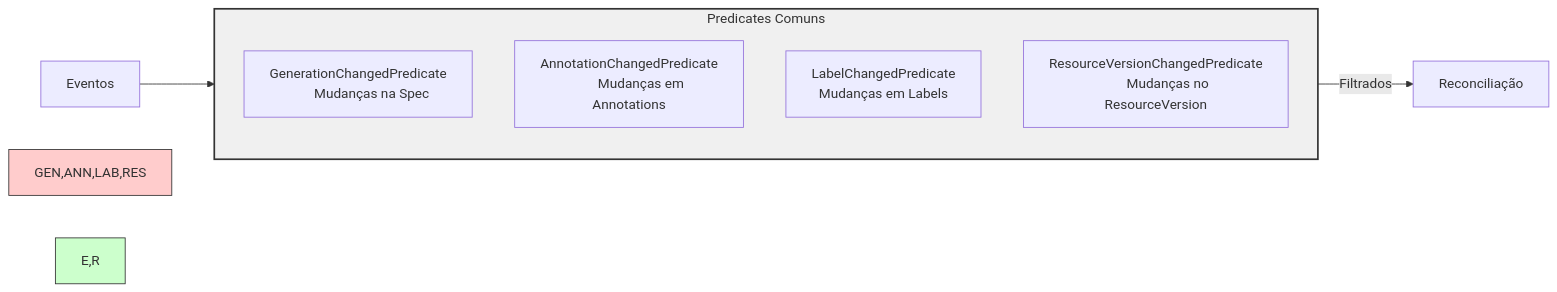
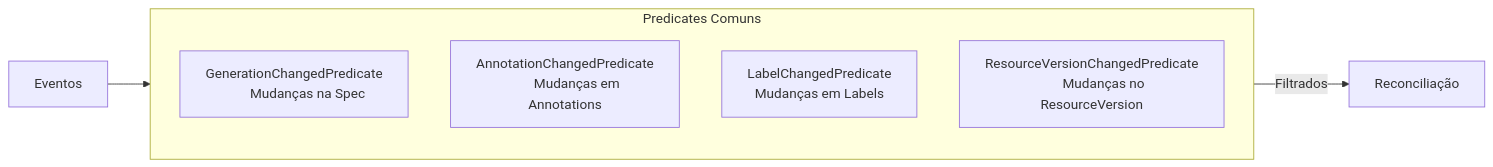
Before and after one commit to cloud104/tcloud-devops-k8s-operators-training: the second of 3 diagrams in docs/extras/predicates-kubebuilder.md, drawn with Mermaid. The commit also changed other lines of this file and 6 other files, not shown here.

First line of the commit message:
docs: revisa material teorico, corrige APIs e melhora diagramas

````diff
--- a/docs/extras/predicates-kubebuilder.md
+++ b/docs/extras/predicates-kubebuilder.md
@@ -21,23 +14,19 @@
 ```mermaid
 flowchart LR
     subgraph PRE ["Predicates Comuns"]
         GEN["GenerationChangedPredicate
         Mudanças na Spec"]
         
         ANN["AnnotationChangedPredicate
         Mudanças em Annotations"]
         
         LAB["LabelChangedPredicate
         Mudanças em Labels"]
         
         RES["ResourceVersionChangedPredicate
         Mudanças no ResourceVersion"]
     end
     
     E[Eventos] --> PRE
     PRE -->|"Filtrados"| R[Reconciliação]
-    
-    style PRE fill:#f0f0f0,stroke:#333,stroke-width:2px
-    style GEN,ANN,LAB,RES fill:#ffcccc,stroke:#333
-    style E,R fill:#ccffcc,stroke:#333
 ```
````
